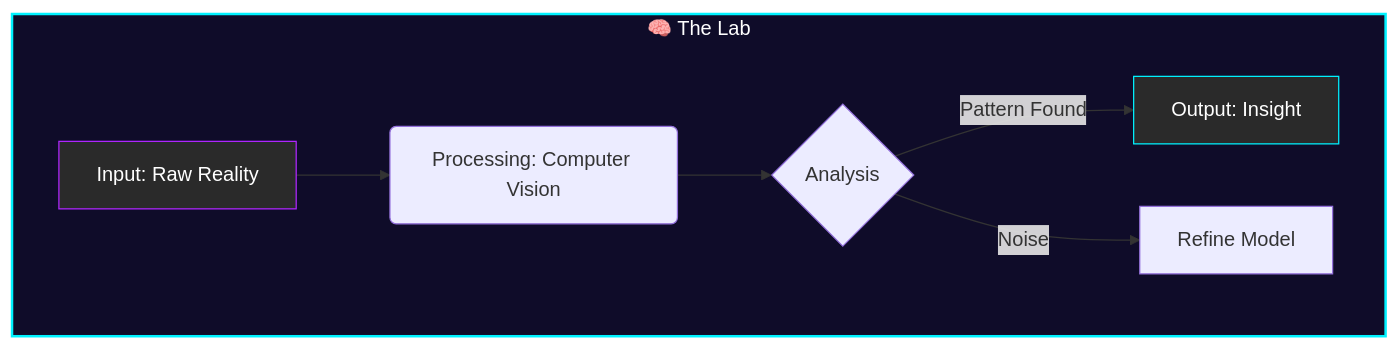
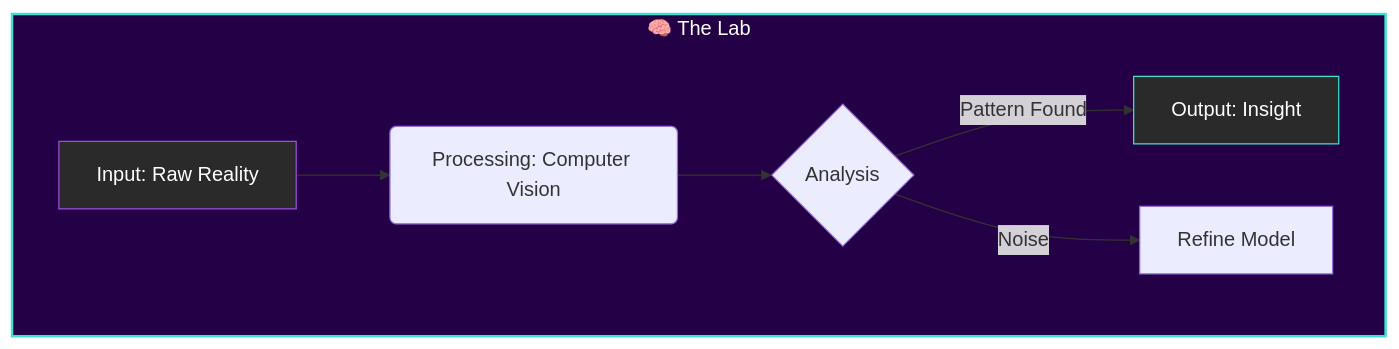
One commit to NeuroLoft/NeuroLoft changed the diagram in README.md. Above: the diagram before and after it, drawn with Mermaid. The commit also changed other lines of this file, not shown here.

````diff
--- a/README.md
+++ b/README.md
@@ -61,12 +61,12 @@
 ```mermaid
 graph TD
     subgraph NeuroLoft [🧠 The Lab]
         A[Input: Raw Reality] --> B(Processing: Computer Vision)
         B --> C{Analysis}
         C -->|Pattern Found| D[Output: Insight]
         C -->|Noise| E[Refine Model]
     end
-    style NeuroLoft fill:#0f0c29,stroke:#00f2ff,stroke-width:2px,color:#fff
-    style A fill:#2a2a2a,stroke:#b026ff,color:#fff
-    style D fill:#2a2a2a,stroke:#00f2ff,color:#fff
+    style NeuroLoft fill:#240046,stroke:#40e0d0,stroke-width:2px,color:#fff
+    style A fill:#2a2a2a,stroke:#9d4edd,color:#fff
+    style D fill:#2a2a2a,stroke:#40e0d0,color:#fff
 ```
````
